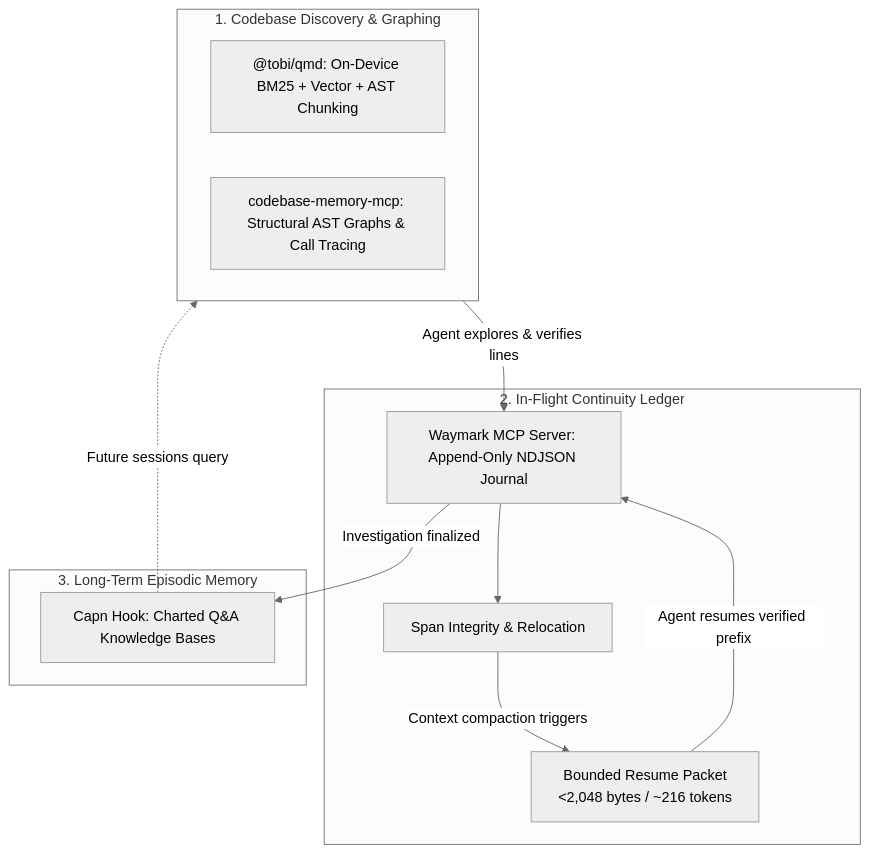
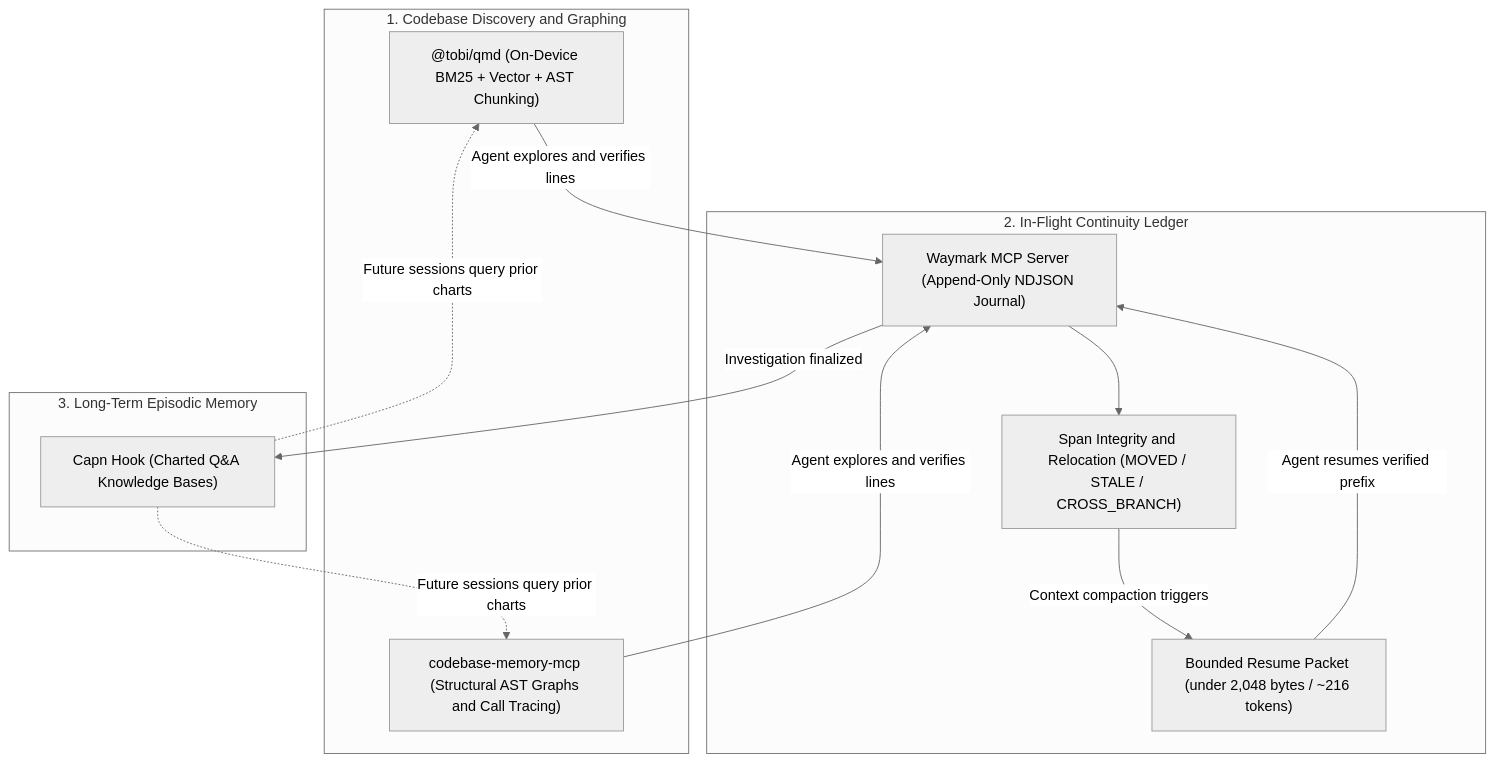
One commit to paragon-ux/waymark changed the diagram in README.md. Above: the diagram before and after it, drawn with Mermaid (neutral theme). The commit also changed 2 other files, not shown here.

Commit message:
Fix Mermaid diagram syntax and add automated mermaid-check verification to test pipeline

````diff
--- a/README.md
+++ b/README.md
@@ -31,24 +31,26 @@
 ```mermaid
 flowchart TD
-    subgraph Discovery["1. Codebase Discovery & Graphing"]
-        QMD["@tobi/qmd: On-Device BM25 + Vector + AST Chunking"]
-        CBM["codebase-memory-mcp: Structural AST Graphs & Call Tracing"]
+    subgraph Discovery["1. Codebase Discovery and Graphing"]
+        QMD["@tobi/qmd (On-Device BM25 + Vector + AST Chunking)"]
+        CBM["codebase-memory-mcp (Structural AST Graphs and Call Tracing)"]
     end
 
     subgraph InFlight["2. In-Flight Continuity Ledger"]
-        WM["Waymark MCP Server: Append-Only NDJSON Journal"]
-        SpanCheck["Span Integrity & Relocation"]
-        ResumePkt["Bounded Resume Packet<br/>&lt;2,048 bytes / ~216 tokens"]
+        WM["Waymark MCP Server (Append-Only NDJSON Journal)"]
+        SpanCheck["Span Integrity and Relocation (MOVED / STALE / CROSS_BRANCH)"]
+        ResumePkt["Bounded Resume Packet (under 2,048 bytes / ~216 tokens)"]
     end
 
     subgraph LongTerm["3. Long-Term Episodic Memory"]
-        Capn["Capn Hook: Charted Q&A Knowledge Bases"]
+        Capn["Capn Hook (Charted Q&A Knowledge Bases)"]
     end
 
-    Discovery -->|Agent explores & verifies lines| WM
+    QMD -->|Agent explores and verifies lines| WM
+    CBM -->|Agent explores and verifies lines| WM
     WM --> SpanCheck
     SpanCheck -->|Context compaction triggers| ResumePkt
     ResumePkt -->|Agent resumes verified prefix| WM
     WM -->|Investigation finalized| Capn
-    Capn -.->|Future sessions query| Discovery
+    Capn -.->|Future sessions query prior charts| QMD
+    Capn -.->|Future sessions query prior charts| CBM
 ```
````
